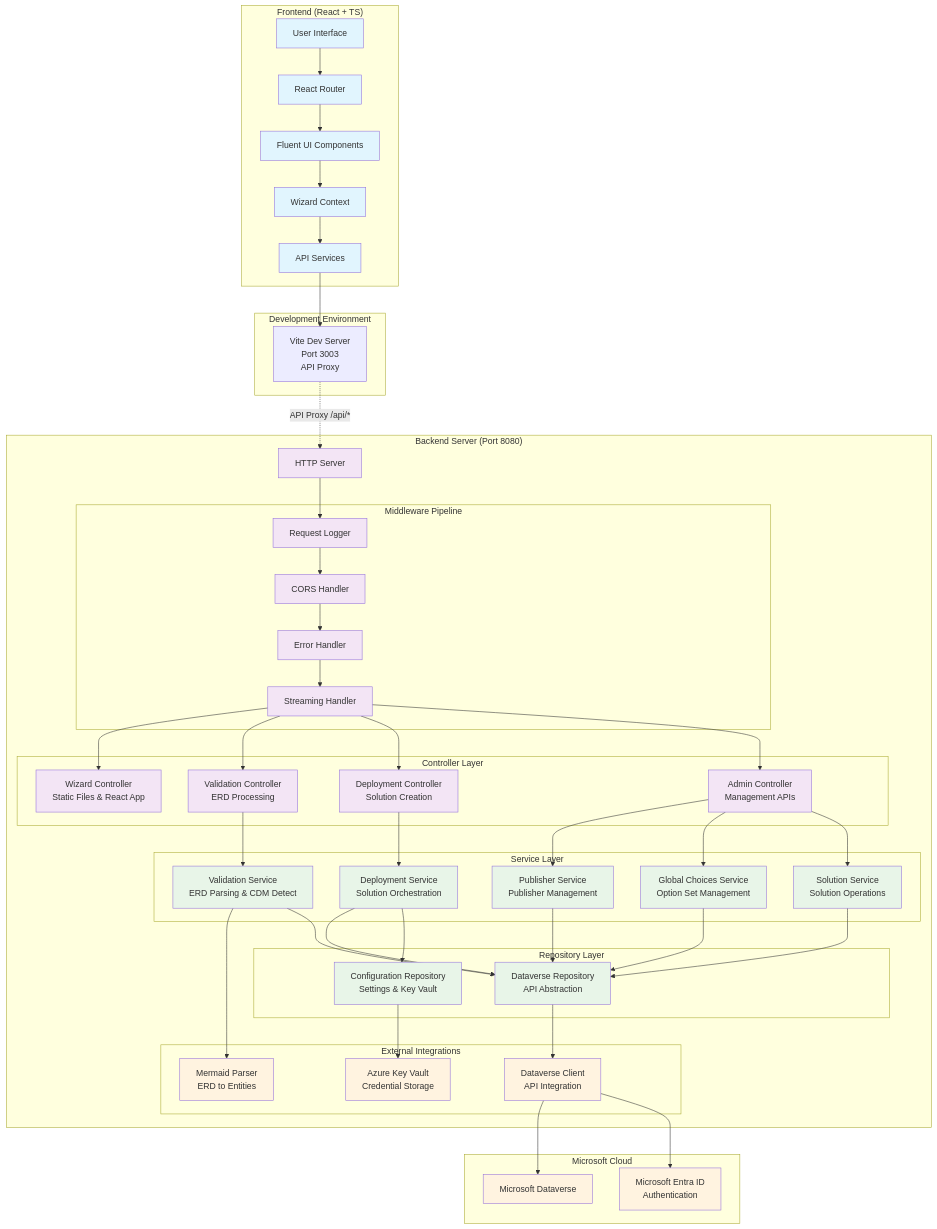
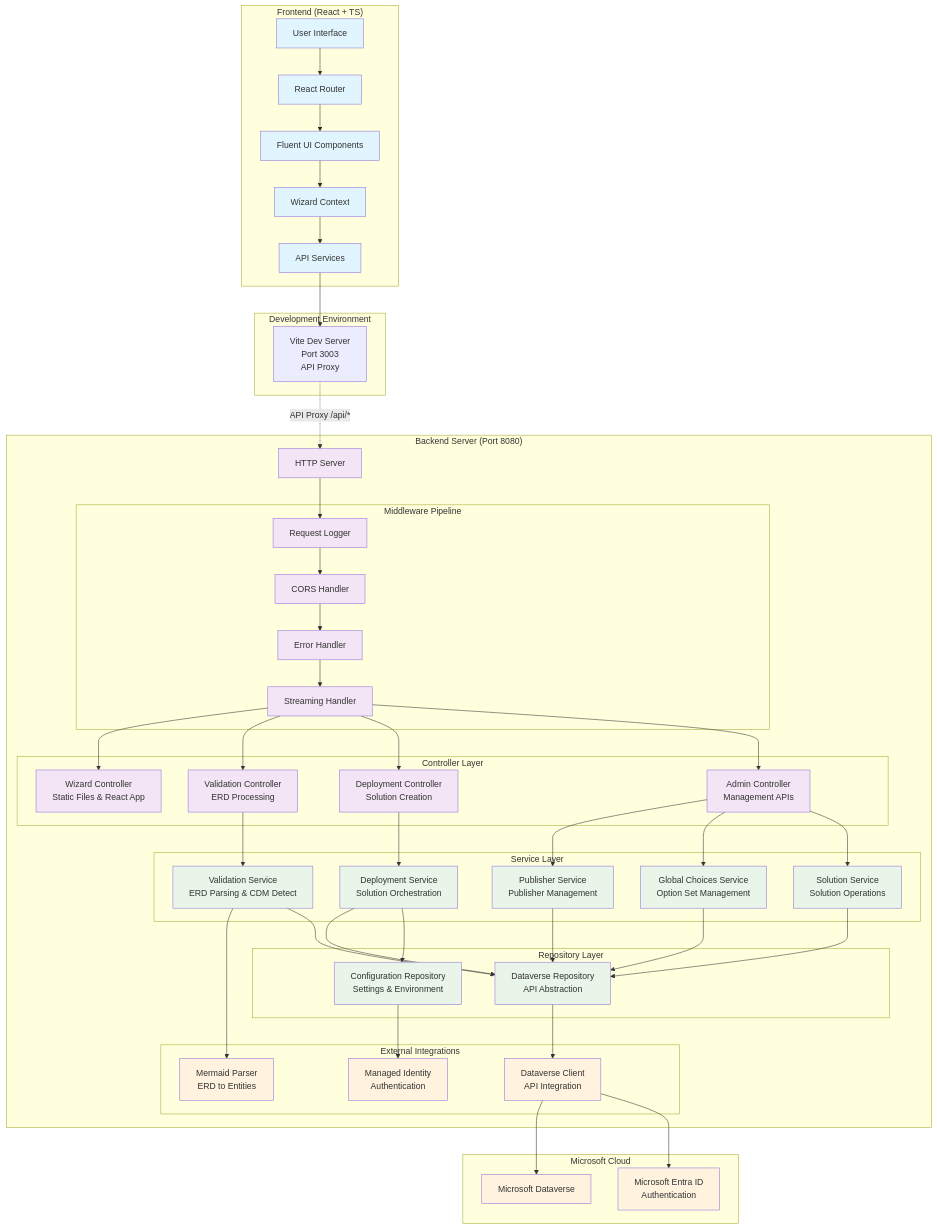
One commit to LuiseFreese/mermaid changed the first of 3 diagrams in docs/DEVELOPER_ARCHITECTURE.md. Above: the diagram before and after it, drawn with Mermaid. The commit also changed other lines of this file and 46 other files, not shown here.

````diff
--- a/docs/DEVELOPER_ARCHITECTURE.md
+++ b/docs/DEVELOPER_ARCHITECTURE.md
@@ -77,13 +77,13 @@
         
         subgraph "Repository Layer"
             DataverseRepo[Dataverse Repository<br/>API Abstraction]
-            ConfigRepo[Configuration Repository<br/>Settings & Key Vault]
+            ConfigRepo[Configuration Repository<br/>Settings & Environment]
         end
         
         subgraph "External Integrations"
             Parser[Mermaid Parser<br/>ERD to Entities]
             DataverseClient[Dataverse Client<br/>API Integration]
-            KeyVault[Azure Key Vault<br/>Credential Storage]
+            ManagedIdentity[Managed Identity<br/>Authentication]
         end
     end
 
@@ -131,7 +131,7 @@
     
     %% External Connections (simplified)
     DataverseRepo --> DataverseClient
-    ConfigRepo --> KeyVault
+    ConfigRepo --> ManagedIdentity
     DataverseClient --> Dataverse
     DataverseClient --> EntraID
 
@@ -144,5 +144,5 @@
     class UI,Router,Context,Services,Components frontend
     class HTTP,Logger,CORS,Error,Stream,WizardCtrl,ValidationCtrl,DeploymentCtrl,AdminCtrl backend
     class ValidationSvc,DeploymentSvc,PublisherSvc,ChoicesSvc,SolutionSvc,DataverseRepo,ConfigRepo service
-    class Dataverse,EntraID,KeyVault,Parser,DataverseClient external
+    class Dataverse,EntraID,ManagedIdentity,Parser,DataverseClient external
 ```
````
